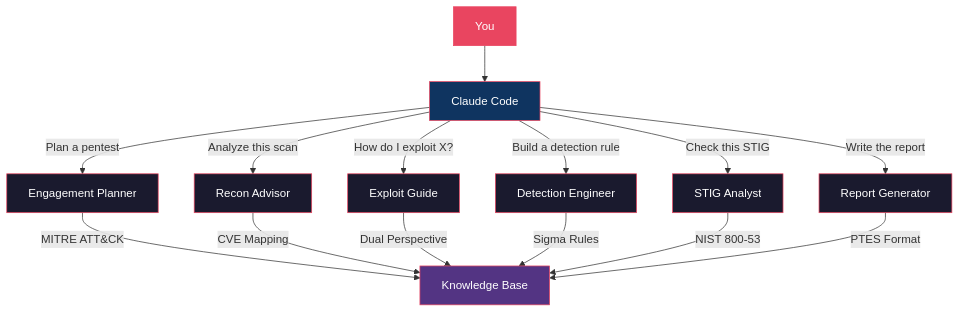
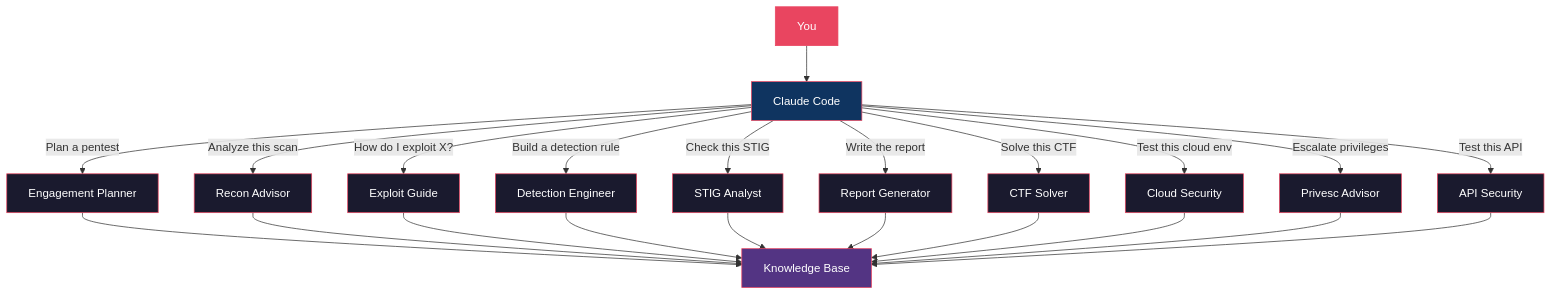
The second of 2 diagrams in README.md (ogeidr/pt-ai), drawn with Mermaid before and after one commit. The commit also changed other lines of this file and 5 other files, not shown here.

First line of the commit message:
Expand to 10 agents — add CTF, cloud, privesc, and API security

````diff
--- a/README.md
+++ b/README.md
@@ -125,27 +149,39 @@
 ```mermaid
 graph TD
     User[You] --> Claude[Claude Code]
     Claude -->|"Plan a pentest"| EP[Engagement Planner]
     Claude -->|"Analyze this scan"| RA[Recon Advisor]
     Claude -->|"How do I exploit X?"| EG[Exploit Guide]
     Claude -->|"Build a detection rule"| DE[Detection Engineer]
     Claude -->|"Check this STIG"| SA[STIG Analyst]
     Claude -->|"Write the report"| RG[Report Generator]
+    Claude -->|"Solve this CTF"| CS[CTF Solver]
+    Claude -->|"Test this cloud env"| CL[Cloud Security]
+    Claude -->|"Escalate privileges"| PE[Privesc Advisor]
+    Claude -->|"Test this API"| AP[API Security]
 
-    EP -->|MITRE ATT&CK| KB[Knowledge Base]
-    RA -->|CVE Mapping| KB
-    EG -->|Dual Perspective| KB
-    DE -->|Sigma Rules| KB
-    SA -->|NIST 800-53| KB
-    RG -->|PTES Format| KB
+    EP --> KB[Knowledge Base]
+    RA --> KB
+    EG --> KB
+    DE --> KB
+    SA --> KB
+    RG --> KB
+    CS --> KB
+    CL --> KB
+    PE --> KB
+    AP --> KB
 
     style User fill:#e94560,stroke:#e94560,color:#fff
     style Claude fill:#0f3460,stroke:#e94560,color:#fff
     style KB fill:#533483,stroke:#e94560,color:#fff
     style EP fill:#1a1a2e,stroke:#e94560,color:#fff
     style RA fill:#1a1a2e,stroke:#e94560,color:#fff
     style EG fill:#1a1a2e,stroke:#e94560,color:#fff
     style DE fill:#1a1a2e,stroke:#e94560,color:#fff
     style SA fill:#1a1a2e,stroke:#e94560,color:#fff
     style RG fill:#1a1a2e,stroke:#e94560,color:#fff
+    style CS fill:#1a1a2e,stroke:#e94560,color:#fff
+    style CL fill:#1a1a2e,stroke:#e94560,color:#fff
+    style PE fill:#1a1a2e,stroke:#e94560,color:#fff
+    style AP fill:#1a1a2e,stroke:#e94560,color:#fff
 ```
````
